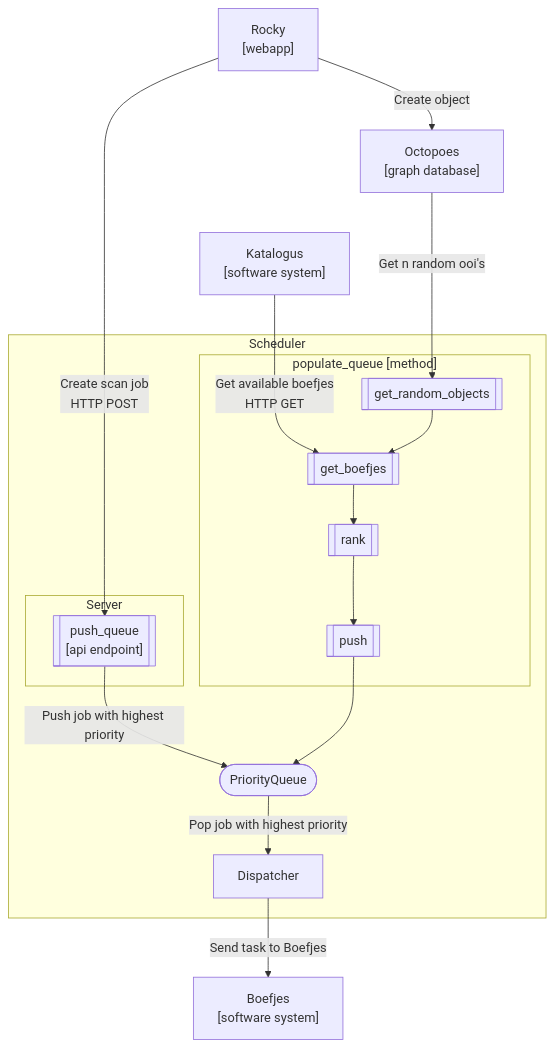
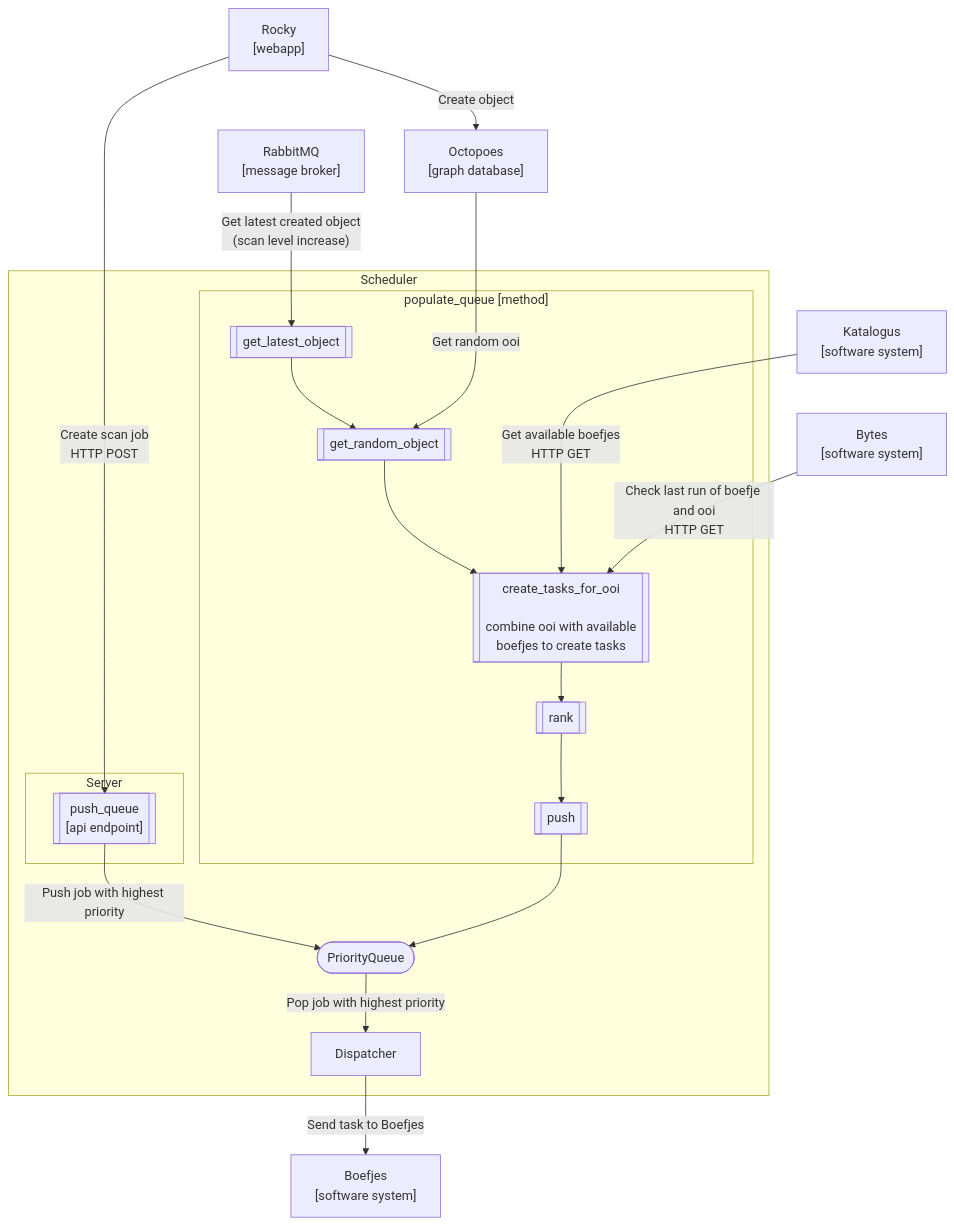
One commit to minvws/nl-kat-mula changed the second of 3 diagrams in docs/design.md. Above: the diagram before and after it, drawn with Mermaid. The commit also changed other lines of this file and 1 other file, not shown here.

````diff
--- a/docs/design.md
+++ b/docs/design.md
@@ -152,41 +70,46 @@
 ```mermaid
 flowchart TB
     
     Rocky["Rocky<br/>[webapp]"]
     Octopoes["Octopoes<br/>[graph database]"]
     Katalogus["Katalogus<br/>[software system]"]
     Boefjes["Boefjes<br/>[software system]"]
+    Bytes["Bytes<br/>[software system]"]
+    RabbitMQ["RabbitMQ<br/>[message broker]"]
 
 
     Rocky--"Create object"-->Octopoes
     Rocky--"Create scan job<br/>HTTP POST"--->push_queue
     
-    Katalogus--"Get available boefjes<br/>HTTP GET"--->get_boefjes
-    Octopoes--"Get n random ooi's"--->get_random_objects
-
+    Katalogus--"Get available boefjes<br/>HTTP GET"--->create_tasks_for_ooi
+    Bytes--"Check last run of boefje and ooi<br/>HTTP GET"-->create_tasks_for_ooi
+    Octopoes--"Get random ooi"--->get_random_object
+    RabbitMQ--"Get latest created object<br/>(scan level increase)"-->get_latest_object
 
     push_queue--"Push job with highest priority"-->PriorityQueue
     PriorityQueue--"Pop job with highest priority"-->Dispatcher
     Dispatcher--"Send task to Boefjes"-->Boefjes
 
-    get_random_objects-->get_boefjes-->rank-->push-->PriorityQueue
+    get_latest_object-->get_random_object-->create_tasks_for_ooi-->rank-->push-->PriorityQueue
 
     subgraph Scheduler
 
         subgraph populate_queue["populate_queue [method]"]
-            get_random_objects[["get_random_objects"]]
-            get_boefjes[["get_boefjes"]]
+            get_latest_object[["get_latest_object"]]
+            get_random_object[["get_random_object"]]
+            create_tasks_for_ooi[["create_tasks_for_ooi<br/><br/>combine ooi with available <br/>boefjes to create tasks"]]
             rank[["rank"]]
             push[["push"]]
         end
 
         subgraph Server
             push_queue[["push_queue<br/>[api endpoint]"]]
         end
 
         Dispatcher
 
         PriorityQueue(["PriorityQueue"])
 
     end
+
 ```
````
